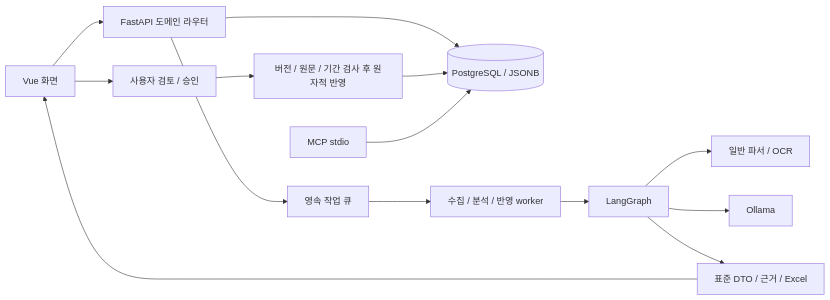
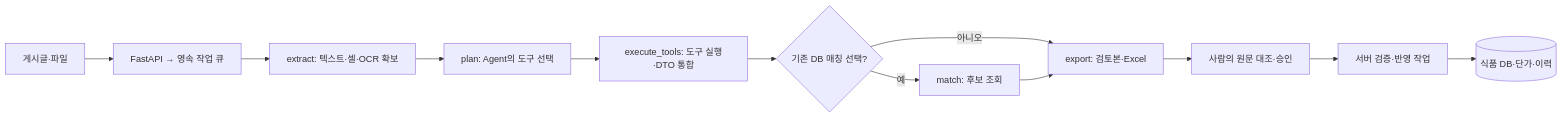
The diagram in README.md (SKALA-G116/skala-FMS), drawn with Mermaid before and after one commit. The commit also changed other lines of this file and 64 other files, not shown here.

````diff
--- a/README.md
+++ b/README.md
@@ -78,16 +87,14 @@
 ```mermaid
 flowchart LR
-    UI[Vue 화면] --> API[FastAPI 도메인 라우터]
-    API --> DB[(PostgreSQL / JSONB)]
-    API --> Q[영속 작업 큐]
-    Q --> W[수집 / 분석 / 반영 worker]
-    W --> G[LangGraph]
-    G --> P[일반 파서 / OCR]
-    G --> L[Ollama]
-    G --> R[표준 DTO / 근거 / Excel]
-    R --> UI
-    UI --> H[사용자 검토 / 승인]
-    H --> A[버전 / 원문 / 기간 검사 후 원자적 반영]
-    A --> DB
-    M[MCP stdio] --> DB
+    S[게시글·파일] --> Q[FastAPI → 영속 작업 큐]
+    Q --> E[extract: 텍스트·셀·OCR 확보]
+    E --> P[plan: Agent의 도구 선택]
+    P --> T[execute_tools: 도구 실행·DTO 통합]
+    T --> C{기존 DB 매칭 선택?}
+    C -->|예| M[match: 후보 조회]
+    C -->|아니오| X[export: 검토본·Excel]
+    M --> X
+    X --> H[사람의 원문 대조·승인]
+    H --> A[서버 검증·반영 작업]
+    A --> DB[(식품 DB·단가·이력)]
 ```
````
